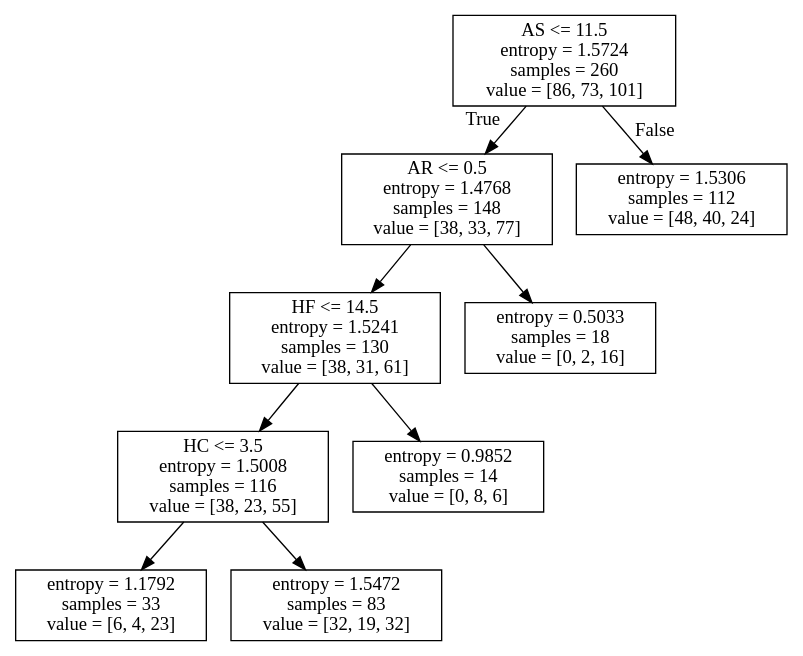
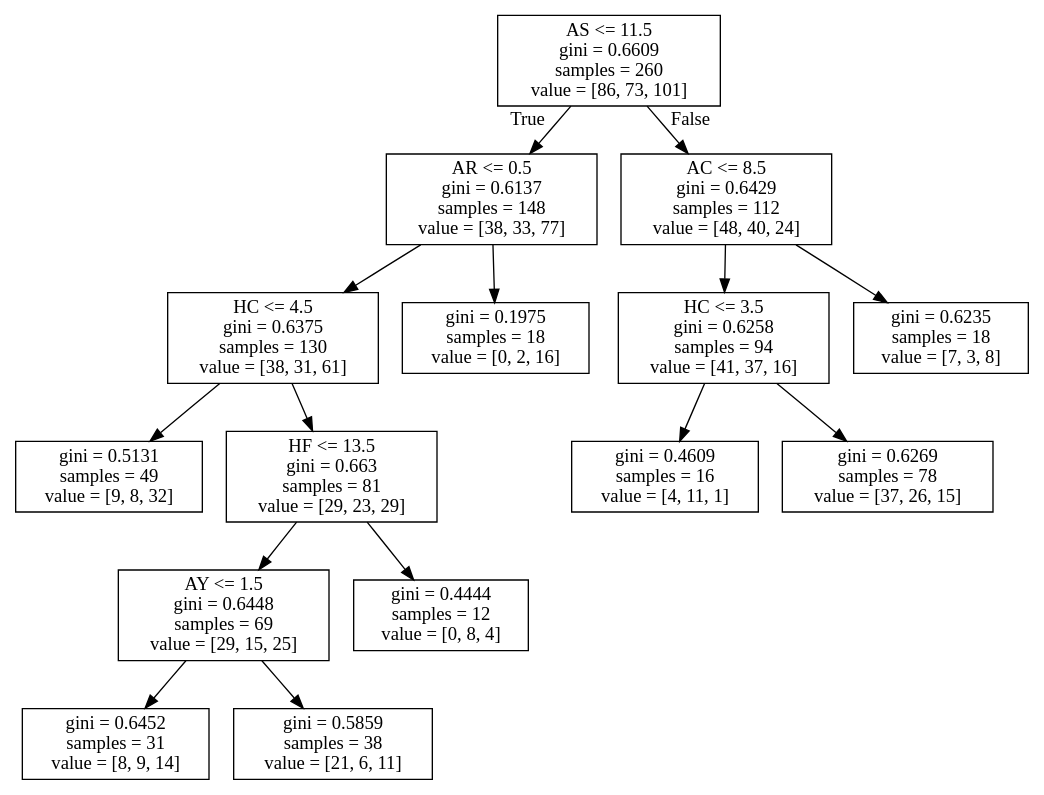
The diagram in Code/crossval/rand_best.dot (DarylWinslow/Soccer_Data_Project), drawn with Graphviz before and after one commit. The commit also changed 32 other files, not shown here.

```diff
--- a/Code/crossval/rand_best.dot
+++ b/Code/crossval/rand_best.dot
@@ -1,20 +1,32 @@
 digraph Tree {
 node [shape=box] ;
-0 [label="AS <= 11.5\nentropy = 1.5724\nsamples = 260\nvalue = [86, 73, 101]"] ;
-1 [label="AR <= 0.5\nentropy = 1.4768\nsamples = 148\nvalue = [38, 33, 77]"] ;
+0 [label="AS <= 11.5\ngini = 0.6609\nsamples = 260\nvalue = [86, 73, 101]"] ;
+1 [label="AR <= 0.5\ngini = 0.6137\nsamples = 148\nvalue = [38, 33, 77]"] ;
 0 -> 1 [labeldistance=2.5, labelangle=45, headlabel="True"] ;
-3 [label="HF <= 14.5\nentropy = 1.5241\nsamples = 130\nvalue = [38, 31, 61]"] ;
+3 [label="HC <= 4.5\ngini = 0.6375\nsamples = 130\nvalue = [38, 31, 61]"] ;
 1 -> 3 ;
-5 [label="HC <= 3.5\nentropy = 1.5008\nsamples = 116\nvalue = [38, 23, 55]"] ;
+5 [label="gini = 0.5131\nsamples = 49\nvalue = [9, 8, 32]"] ;
 3 -> 5 ;
-7 [label="entropy = 1.1792\nsamples = 33\nvalue = [6, 4, 23]"] ;
-5 -> 7 ;
-8 [label="entropy = 1.5472\nsamples = 83\nvalue = [32, 19, 32]"] ;
-5 -> 8 ;
-6 [label="entropy = 0.9852\nsamples = 14\nvalue = [0, 8, 6]"] ;
+6 [label="HF <= 13.5\ngini = 0.663\nsamples = 81\nvalue = [29, 23, 29]"] ;
 3 -> 6 ;
-4 [label="entropy = 0.5033\nsamples = 18\nvalue = [0, 2, 16]"] ;
+7 [label="AY <= 1.5\ngini = 0.6448\nsamples = 69\nvalue = [29, 15, 25]"] ;
+6 -> 7 ;
+9 [label="gini = 0.6452\nsamples = 31\nvalue = [8, 9, 14]"] ;
+7 -> 9 ;
+10 [label="gini = 0.5859\nsamples = 38\nvalue = [21, 6, 11]"] ;
+7 -> 10 ;
+8 [label="gini = 0.4444\nsamples = 12\nvalue = [0, 8, 4]"] ;
+6 -> 8 ;
+4 [label="gini = 0.1975\nsamples = 18\nvalue = [0, 2, 16]"] ;
 1 -> 4 ;
-2 [label="entropy = 1.5306\nsamples = 112\nvalue = [48, 40, 24]"] ;
+2 [label="AC <= 8.5\ngini = 0.6429\nsamples = 112\nvalue = [48, 40, 24]"] ;
 0 -> 2 [labeldistance=2.5, labelangle=-45, headlabel="False"] ;
+11 [label="HC <= 3.5\ngini = 0.6258\nsamples = 94\nvalue = [41, 37, 16]"] ;
+2 -> 11 ;
+13 [label="gini = 0.4609\nsamples = 16\nvalue = [4, 11, 1]"] ;
+11 -> 13 ;
+14 [label="gini = 0.6269\nsamples = 78\nvalue = [37, 26, 15]"] ;
+11 -> 14 ;
+12 [label="gini = 0.6235\nsamples = 18\nvalue = [7, 3, 8]"] ;
+2 -> 12 ;
 }
```
